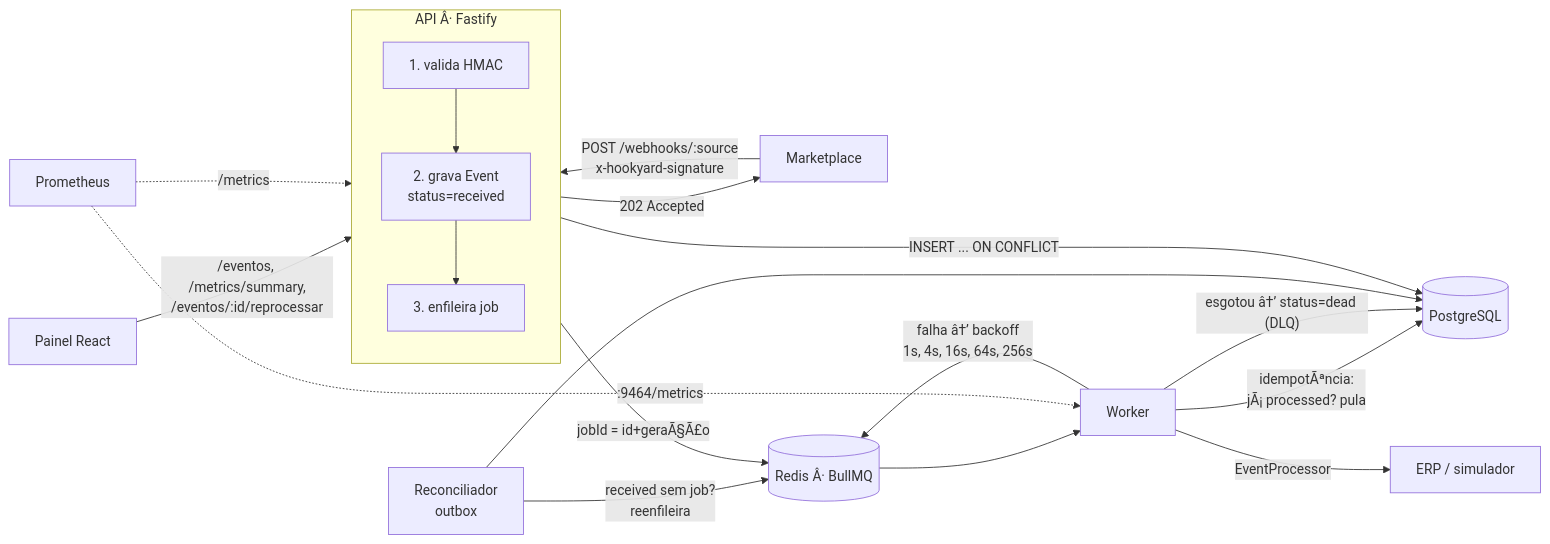
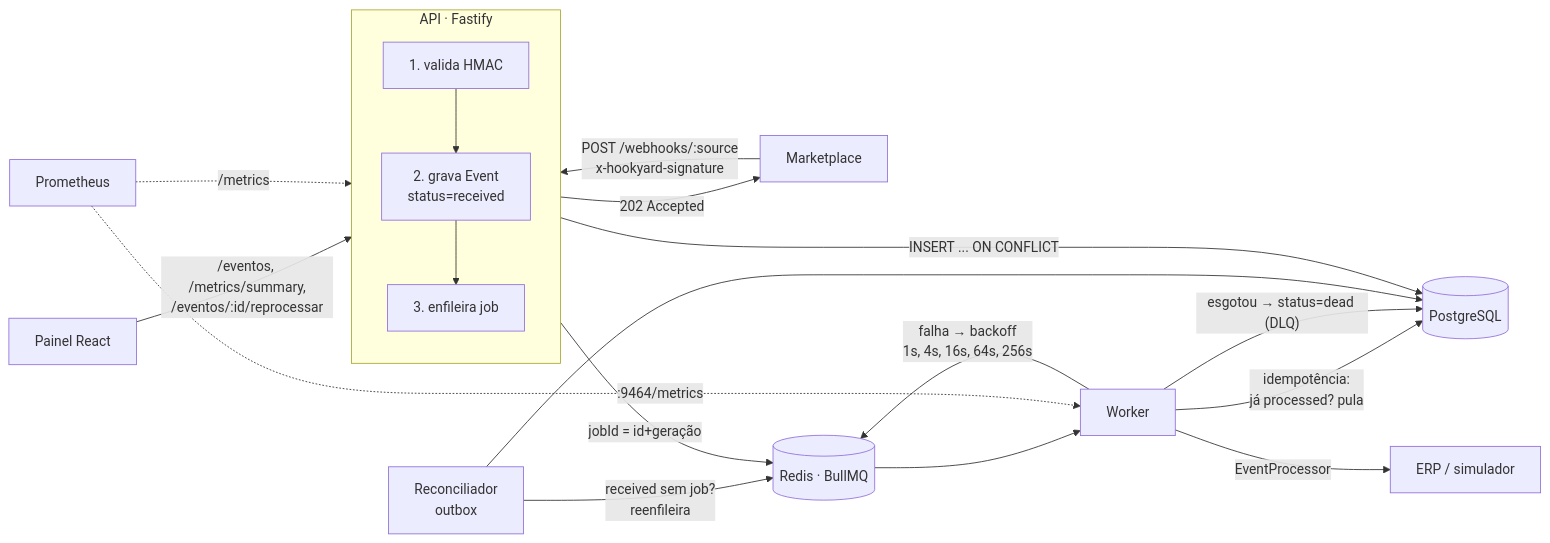
The first of 2 diagrams in README.md (MaatheusPolli/hook-yard), drawn with Mermaid before and after one commit. The commit also changed other lines of this file, not shown here.

````diff
--- a/README.md
+++ b/README.md
@@ -19,26 +19,26 @@
 ```mermaid
 flowchart LR
     MP[Marketplace] -- "POST /webhooks/:source<br/>x-hookyard-signature" --> API
 
-    subgraph API [API Â· Fastify]
+    subgraph API [API · Fastify]
       direction TB
       H[1. valida HMAC] --> P[2. grava Event<br/>status=received] --> Q[3. enfileira job]
     end
 
     P -- INSERT ... ON CONFLICT --> PG[(PostgreSQL)]
-    Q -- jobId = id+geraÃ§Ã£o --> R[(Redis Â· BullMQ)]
+    Q -- jobId = id+geração --> R[(Redis · BullMQ)]
     API -- 202 Accepted --> MP
 
     R --> W[Worker]
-    W -- "idempotÃªncia:<br/>jÃ¡ processed? pula" --> PG
+    W -- "idempotência:<br/>já processed? pula" --> PG
     W -- EventProcessor --> ERP[ERP / simulador]
-    W -- "falha â†’ backoff<br/>1s, 4s, 16s, 64s, 256s" --> R
-    W -- "esgotou â†’ status=dead (DLQ)" --> PG
+    W -- "falha → backoff<br/>1s, 4s, 16s, 64s, 256s" --> R
+    W -- "esgotou → status=dead (DLQ)" --> PG
 
     REC[Reconciliador<br/>outbox] -- "received sem job?<br/>reenfileira" --> R
     REC --> PG
 
     UI[Painel React] -- /eventos, /metrics/summary,<br/>/eventos/:id/reprocessar --> API
     PROM[Prometheus] -. /metrics .-> API
     PROM -. :9464/metrics .-> W
 ```
````
